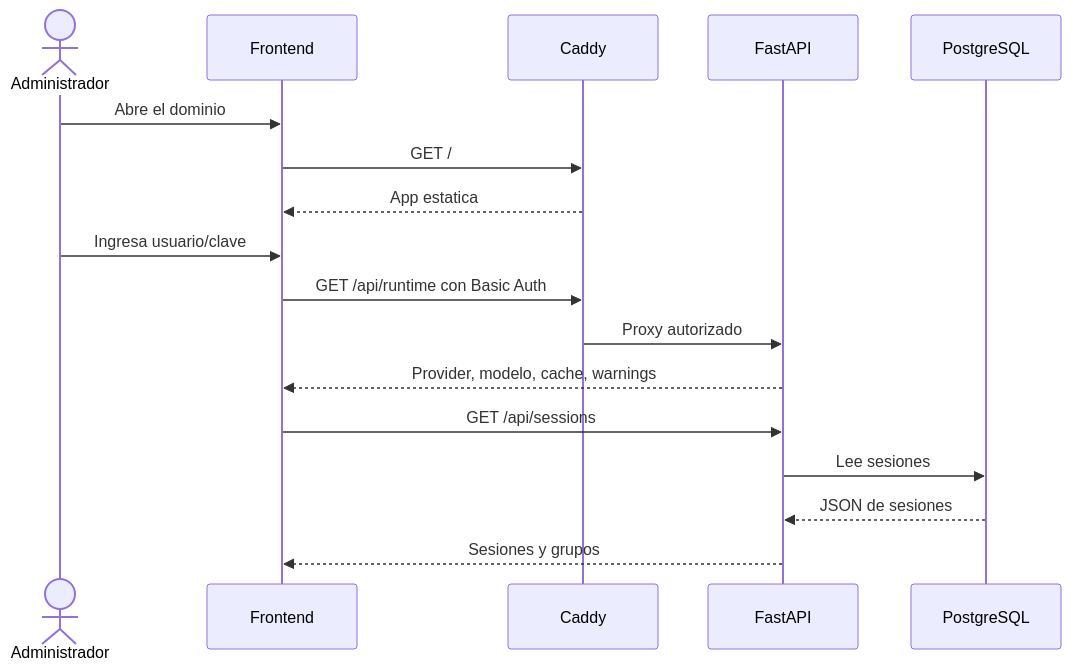
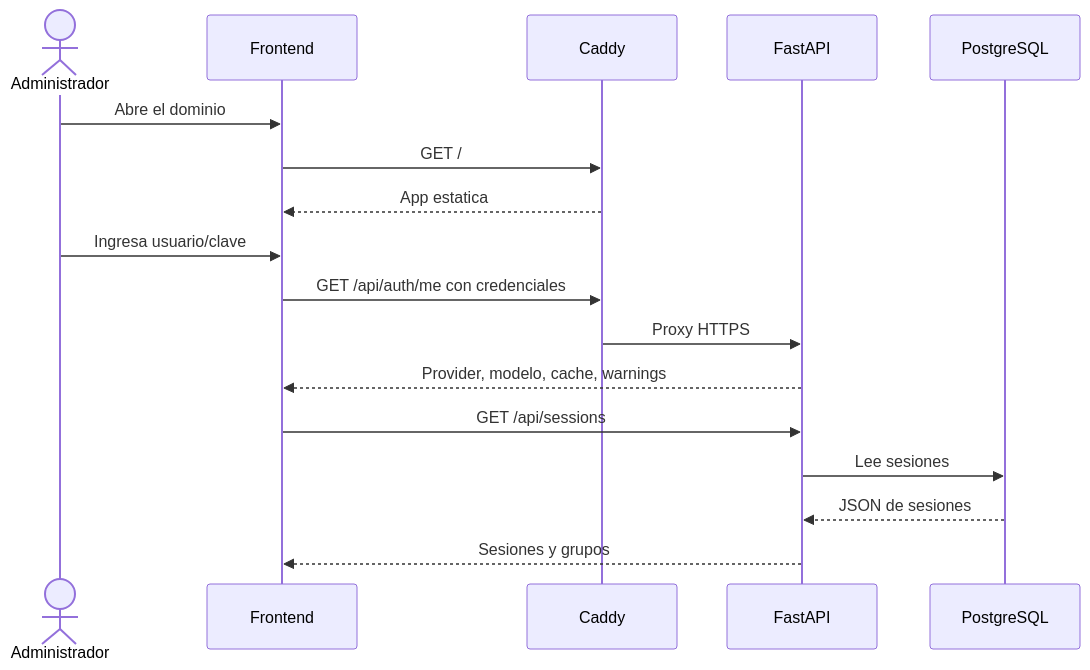
One commit to MatiasHernandezC/CoordAgent changed the second of 4 diagrams in coordinador-simple-mvp/docs/ARQUITECTURA.md. Above: the diagram before and after it, drawn with Mermaid. The commit also changed other lines of this file and 33 other files, not shown here.

````diff
--- a/coordinador-simple-mvp/docs/ARQUITECTURA.md
+++ b/coordinador-simple-mvp/docs/ARQUITECTURA.md
@@ -63,20 +63,20 @@
 ```mermaid
 sequenceDiagram
   actor A as Administrador
   participant UI as Frontend
   participant C as Caddy
   participant API as FastAPI
   participant DB as PostgreSQL
 
   A->>UI: Abre el dominio
   UI->>C: GET /
   C-->>UI: App estatica
   A->>UI: Ingresa usuario/clave
-  UI->>C: GET /api/runtime con Basic Auth
-  C->>API: Proxy autorizado
+  UI->>C: GET /api/auth/me con credenciales
+  C->>API: Proxy HTTPS
   API-->>UI: Provider, modelo, cache, warnings
   UI->>API: GET /api/sessions
   API->>DB: Lee sesiones
   DB-->>API: JSON de sesiones
   API-->>UI: Sesiones y grupos
 ```
````
